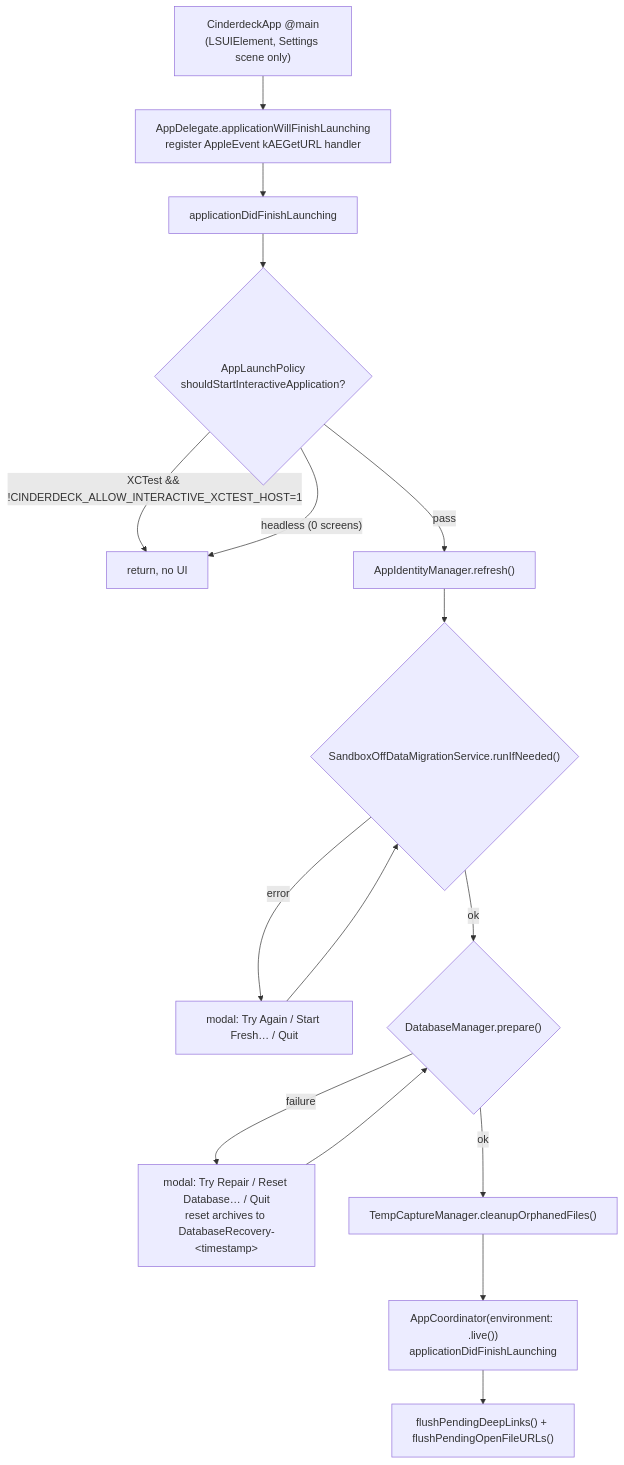
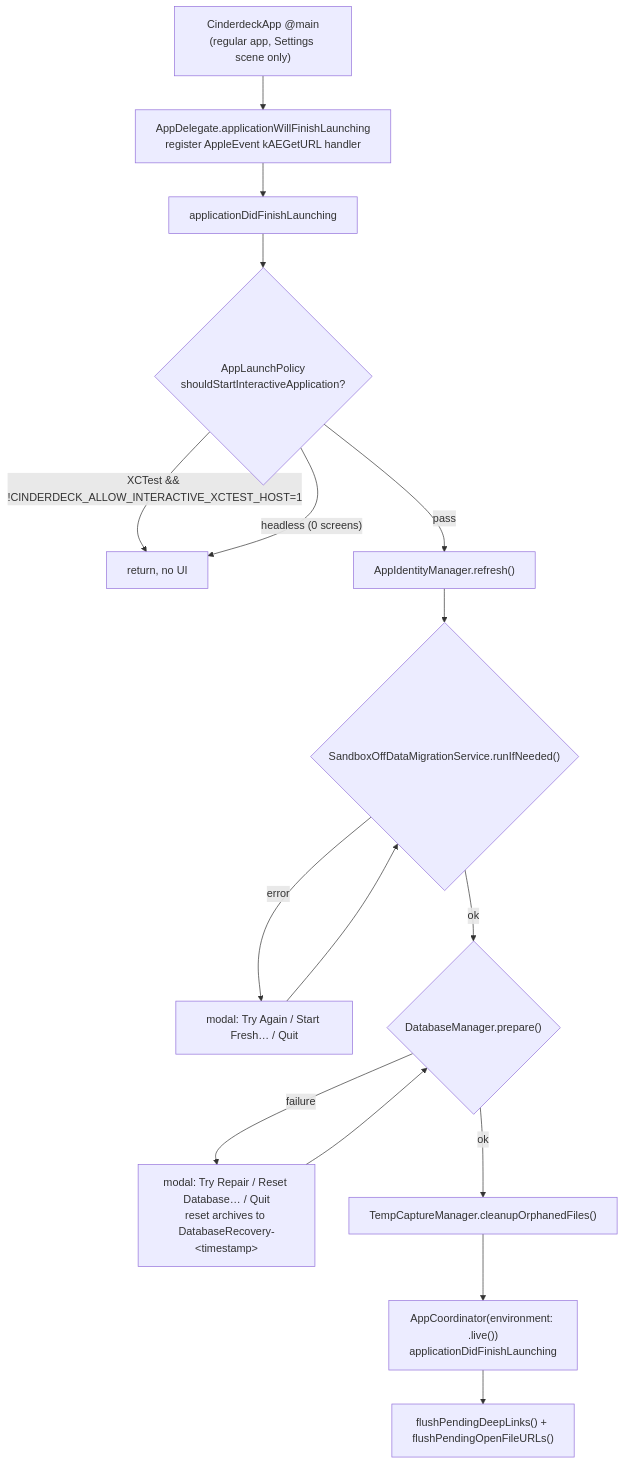
One commit to RyanCardin15/Cinderdeck changed the diagram in docs/APP_LIFECYCLE.md. Above: the diagram before and after it, drawn with Mermaid. The commit also changed other lines of this file and 49 other files, not shown here.

Commit message:
fix: make Cinderdeck a regular Mac app and remove AgentShell naming

````diff
--- a/docs/APP_LIFECYCLE.md
+++ b/docs/APP_LIFECYCLE.md
@@ -17,18 +17,18 @@
 ```mermaid
 flowchart TD
-    A["CinderdeckApp @main<br/>(LSUIElement, Settings scene only)"] --> B["AppDelegate.applicationWillFinishLaunching<br/>register AppleEvent kAEGetURL handler"]
+    A["CinderdeckApp @main<br/>(regular app, Settings scene only)"] --> B["AppDelegate.applicationWillFinishLaunching<br/>register AppleEvent kAEGetURL handler"]
     B --> C["applicationDidFinishLaunching"]
     C --> D{"AppLaunchPolicy<br/>shouldStartInteractiveApplication?"}
     D -- "XCTest && !CINDERDECK_ALLOW_INTERACTIVE_XCTEST_HOST=1" --> X[return, no UI]
     D -- "headless (0 screens)" --> X
     D -- pass --> E["AppIdentityManager.refresh()"]
     E --> F{"SandboxOffDataMigrationService.runIfNeeded()"}
     F -- "error" --> F1["modal: Try Again / Start Fresh… / Quit"]
     F1 --> F
     F -- ok --> G{"DatabaseManager.prepare()"}
     G -- "failure" --> G1["modal: Try Repair / Reset Database… / Quit<br/>reset archives to DatabaseRecovery-&lt;timestamp&gt;"]
     G1 --> G
     G -- ok --> H["TempCaptureManager.cleanupOrphanedFiles()"]
     H --> I["AppCoordinator(environment: .live())<br/>applicationDidFinishLaunching"]
     I --> J["flushPendingDeepLinks() + flushPendingOpenFileURLs()"]
 ```
````
